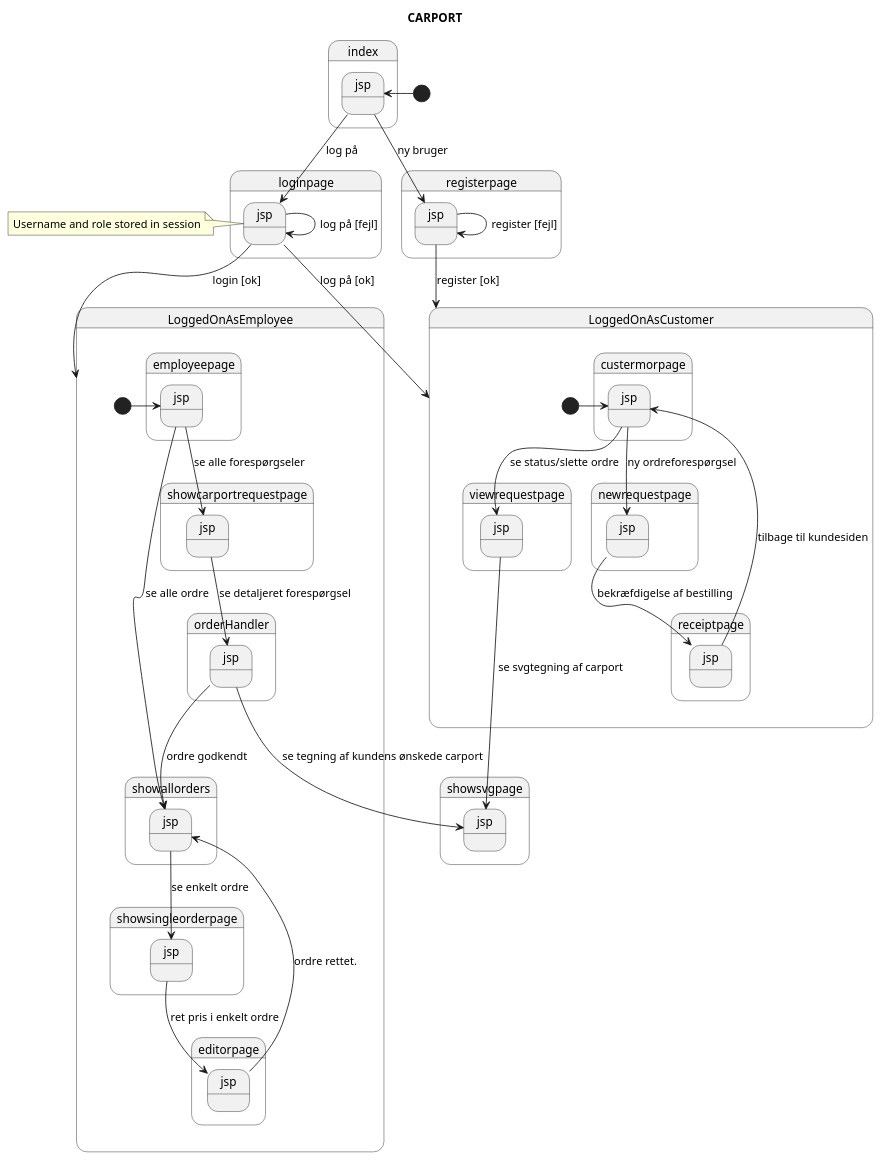
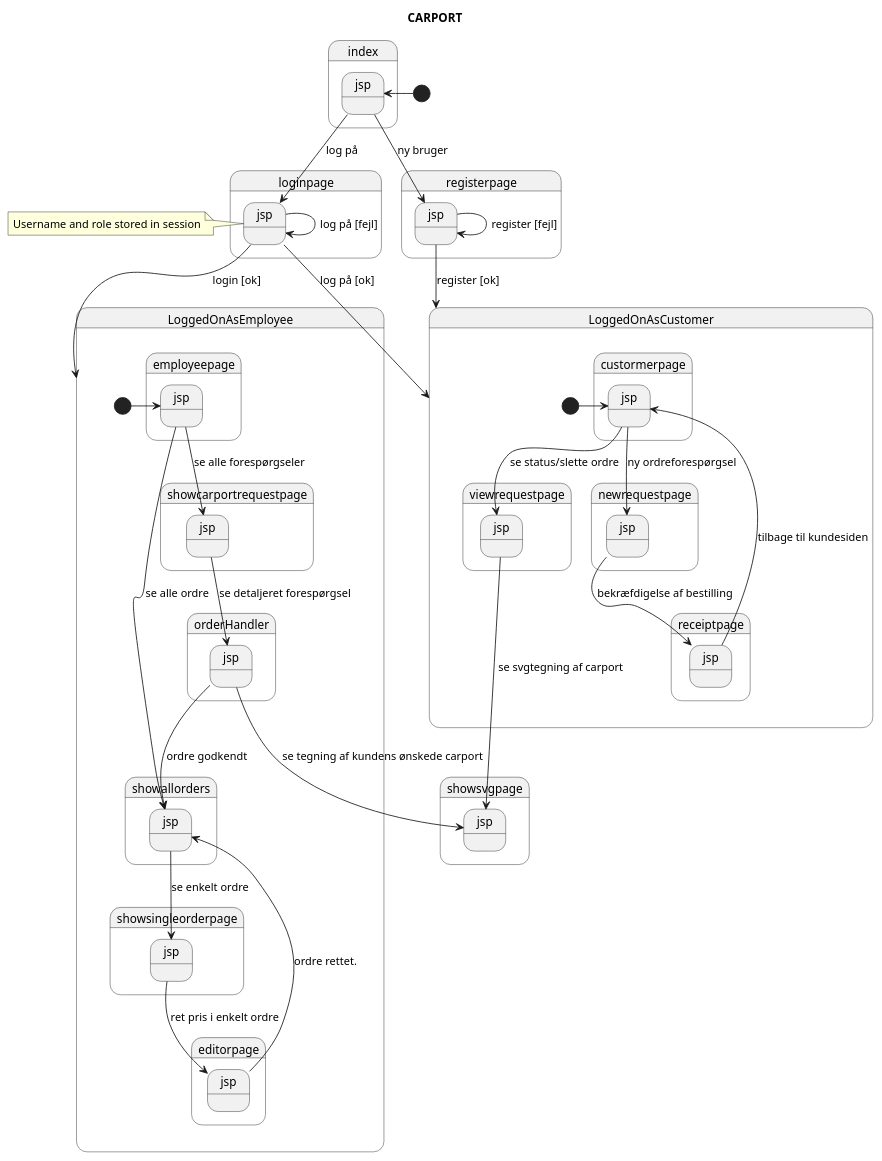
Before and after one commit to ThorbjoernJensen/Fog-Carporte: the diagram in src/main/carport.puml, drawn with PlantUML. The commit also changed 10 other files, not shown here.

```diff
--- a/src/main/carport.puml
+++ b/src/main/carport.puml
@@ -3,64 +3,64 @@
 @startuml
 Title CARPORT
 
 State index.jsp
 State loginpage.jsp
 State registerpage.jsp
 State showsvgpage.jsp
 
 note left of loginpage.jsp
 Username and role stored in session
 end note
 
 
 [*] -> index.jsp
 index.jsp --> registerpage.jsp: ny bruger
 registerpage.jsp --> registerpage.jsp: register [fejl]
 registerpage.jsp --> LoggedOnAsCustomer: register [ok]
 index.jsp --> loginpage.jsp: log på
 loginpage.jsp --> loginpage.jsp: log på [fejl]
 
 
 
 
 loginpage.jsp --> LoggedOnAsCustomer: log på [ok]
 State LoggedOnAsCustomer {
 
-State custermorpage.jsp
+State custormerpage.jsp
 State viewrequestpage.jsp
 State receiptpage.jsp
 State newrequestpage.jsp
 
-[*] -> custermorpage.jsp
-custermorpage.jsp --> viewrequestpage.jsp: se status/slette ordre
-custermorpage.jsp --> newrequestpage.jsp: ny ordreforespørgsel
+[*] -> custormerpage.jsp
+custormerpage.jsp --> viewrequestpage.jsp: se status/slette ordre
+custormerpage.jsp --> newrequestpage.jsp: ny ordreforespørgsel
 viewrequestpage.jsp --> showsvgpage.jsp: se svgtegning af carport
 newrequestpage.jsp --> receiptpage.jsp: bekræfdigelse af bestilling
-receiptpage.jsp --> custermorpage.jsp: tilbage til kundesiden
+receiptpage.jsp --> custormerpage.jsp: tilbage til kundesiden
 
 }
 
 
 loginpage.jsp --> LoggedOnAsEmployee: login [ok]
 State LoggedOnAsEmployee {
 
 
 State employeepage.jsp
 State showallorders.jsp
 State showsingleorderpage.jsp
 State showcarportrequestpage.jsp
 State orderHandler.jsp
 State editorpage.jsp
 
 [*] -> employeepage.jsp
 employeepage.jsp --> showcarportrequestpage.jsp: se alle forespørgseler
 employeepage.jsp --> showallorders.jsp: se alle ordre
 showcarportrequestpage.jsp --> orderHandler.jsp: se detaljeret forespørgsel
 orderHandler.jsp --> showsvgpage.jsp: se tegning af kundens ønskede carport
 orderHandler.jsp --> showallorders.jsp: ordre godkendt
 showallorders.jsp --> showsingleorderpage.jsp: se enkelt ordre
 showsingleorderpage.jsp --> editorpage.jsp: ret pris i enkelt ordre
 editorpage.jsp --> showallorders.jsp: ordre rettet.
 
 }
 @enduml
```
